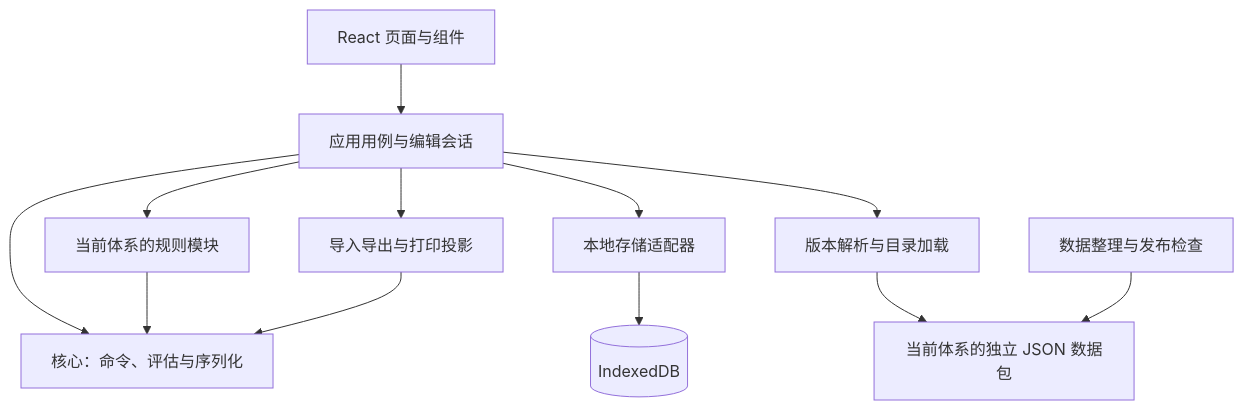
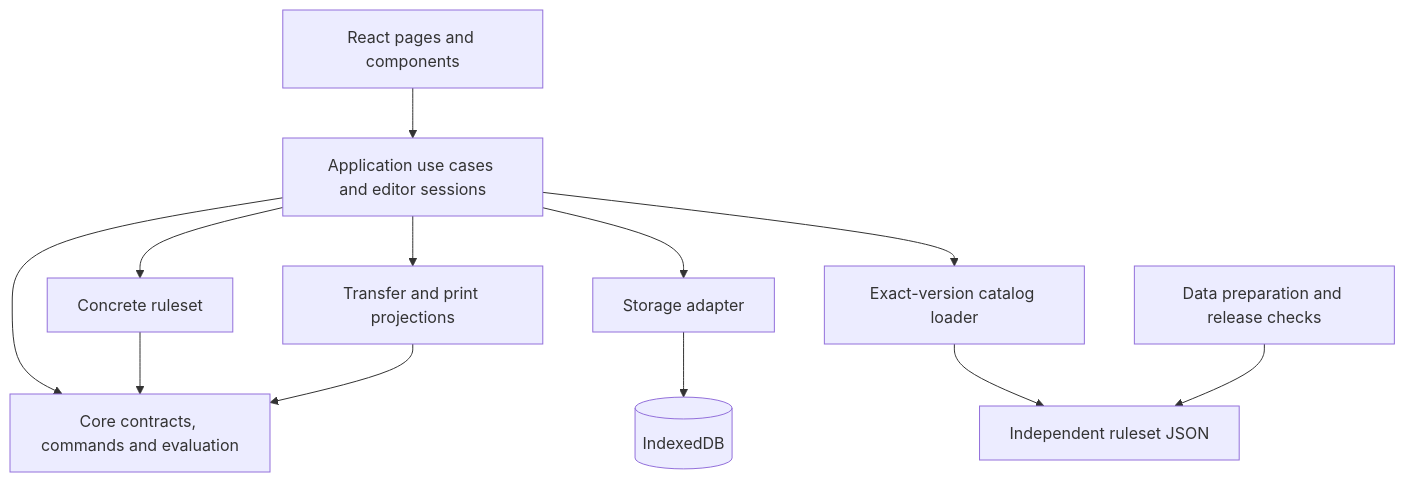
One commit to CaptainDemo/battlegroup-armybuilder changed the diagram in docs/architecture.md. Above: the diagram before and after it, drawn with Mermaid. The commit also changed other lines of this file and 54 other files, not shown here.

````diff
--- a/docs/architecture.md
+++ b/docs/architecture.md
@@ -33,14 +31,14 @@
 ```mermaid
 flowchart TD
-  UI[React 页面与组件] --> APP[应用用例与编辑会话]
-  APP --> CORE[核心：命令、评估与序列化]
-  APP --> STORE[本地存储适配器]
+  UI[React pages and components] --> APP[Application use cases and editor sessions]
+  APP --> CORE[Core contracts, commands and evaluation]
+  APP --> STORE[Storage adapter]
   STORE --> DB[(IndexedDB)]
-  APP --> LOADER[版本解析与目录加载]
-  LOADER --> DATA[当前体系的独立 JSON 数据包]
-  APP --> RULES[当前体系的规则模块]
+  APP --> LOADER[Exact-version catalog loader]
+  LOADER --> DATA[Independent ruleset JSON]
+  APP --> RULES[Concrete ruleset]
   RULES --> CORE
-  APP --> OUTPUT[导入导出与打印投影]
+  APP --> OUTPUT[Transfer and print projections]
   OUTPUT --> CORE
-  CURATE[数据整理与发布检查] --> DATA
+  CURATE[Data preparation and release checks] --> DATA
 ```
````
